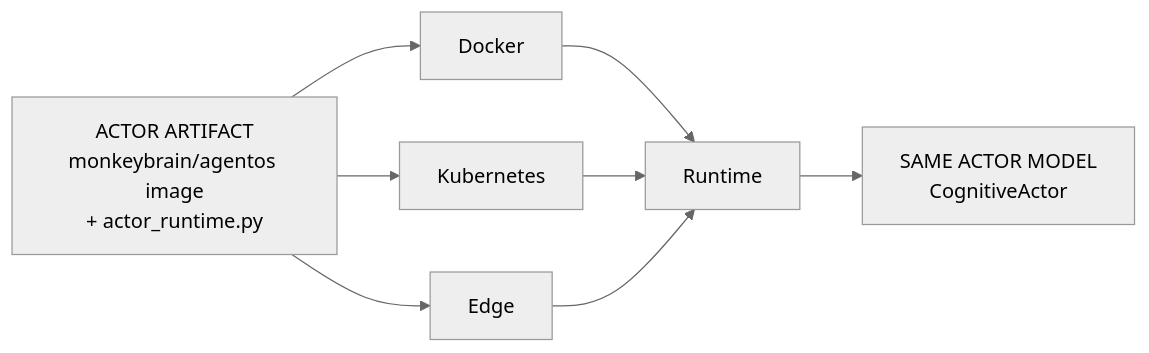
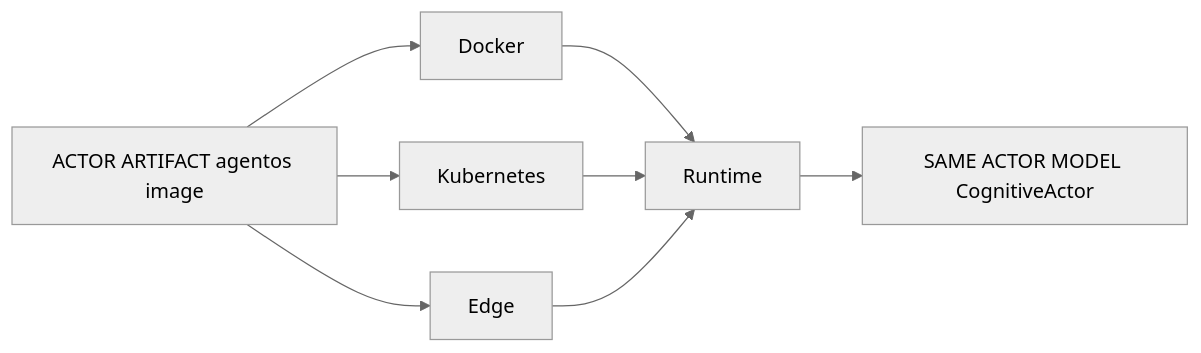
One commit to monkeypatched-stack/cogitive-os changed the ninth of 22 diagrams in docs/DIAGRAMS.md. Above: the diagram before and after it, drawn with Mermaid (neutral theme). The commit also changed other lines of this file, not shown here.

Commit message:
adding diagrams

````diff
--- a/docs/DIAGRAMS.md
+++ b/docs/DIAGRAMS.md
@@ -329,9 +376,17 @@
 ```mermaid
-graph LR
-    Art["ACTOR ARTIFACT<br/>monkeybrain/agentos image<br/>+ actor_runtime.py"]
-    Art --> D["Docker"]
-    Art --> K["Kubernetes"]
-    Art --> E["Edge"]
-    D & K & E --> RT["Runtime"]
-    RT --> Same["SAME ACTOR MODEL<br/>CognitiveActor"]
+flowchart LR
+    Art["ACTOR ARTIFACT agentos image"]
+    D["Docker"]
+    K["Kubernetes"]
+    E["Edge"]
+    RT["Runtime"]
+    Same["SAME ACTOR MODEL CognitiveActor"]
+
+    Art --> D
+    Art --> K
+    Art --> E
+    D --> RT
+    K --> RT
+    E --> RT
+    RT --> Same
 ```
````
